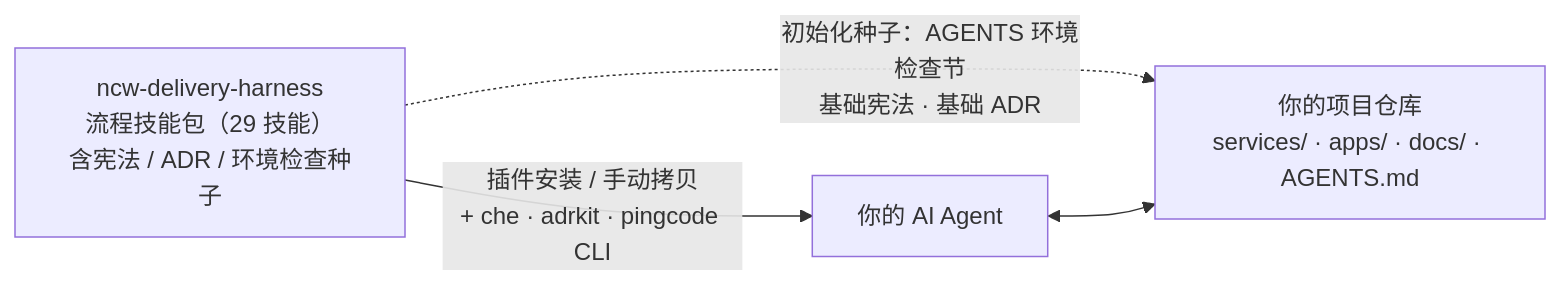
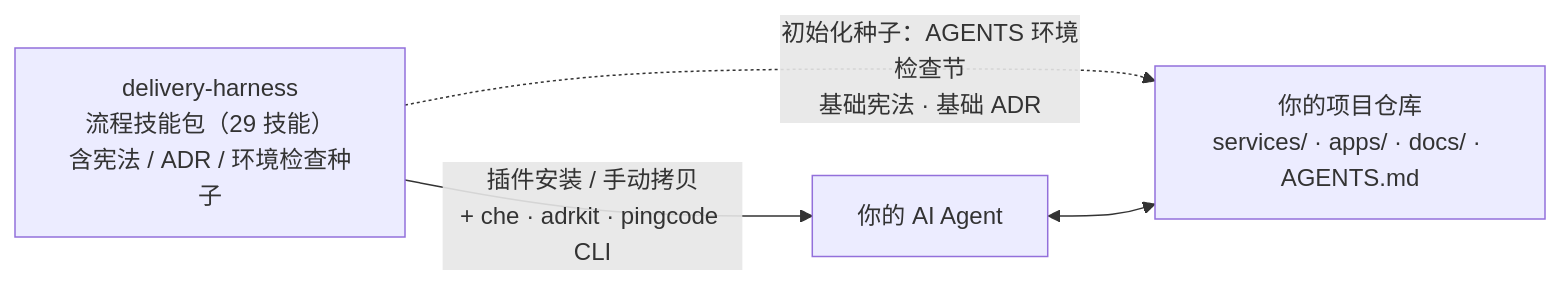
Before and after one commit to HJXArthurAtlas/Delivery-Harness: the first of 2 diagrams in docs/guides/AI Native实践指南.md, drawn with Mermaid. The commit also changed other lines of this file and 4 other files, not shown here.

````diff
--- a/docs/guides/AI Native实践指南.md
+++ b/docs/guides/AI Native实践指南.md
@@ -35,6 +35,6 @@
 ```mermaid
 flowchart LR
-  H["ncw-delivery-harness<br/>流程技能包（29 技能）<br/>含宪法 / ADR / 环境检查种子"] -->|"插件安装 / 手动拷贝<br/>+ che · adrkit · pingcode CLI"| A["你的 AI Agent"]
+  H["delivery-harness<br/>流程技能包（29 技能）<br/>含宪法 / ADR / 环境检查种子"] -->|"插件安装 / 手动拷贝<br/>+ che · adrkit · pingcode CLI"| A["你的 AI Agent"]
   H -.->|"初始化种子：AGENTS 环境检查节<br/>基础宪法 · 基础 ADR"| P["你的项目仓库<br/>services/ · apps/ · docs/ · AGENTS.md"]
   A <--> P
 ```
````
